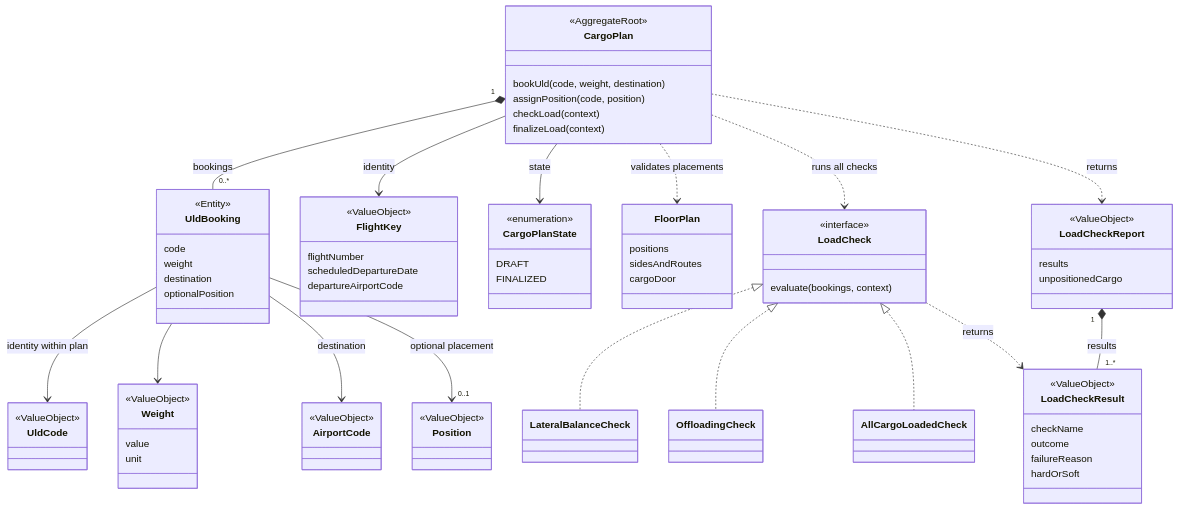
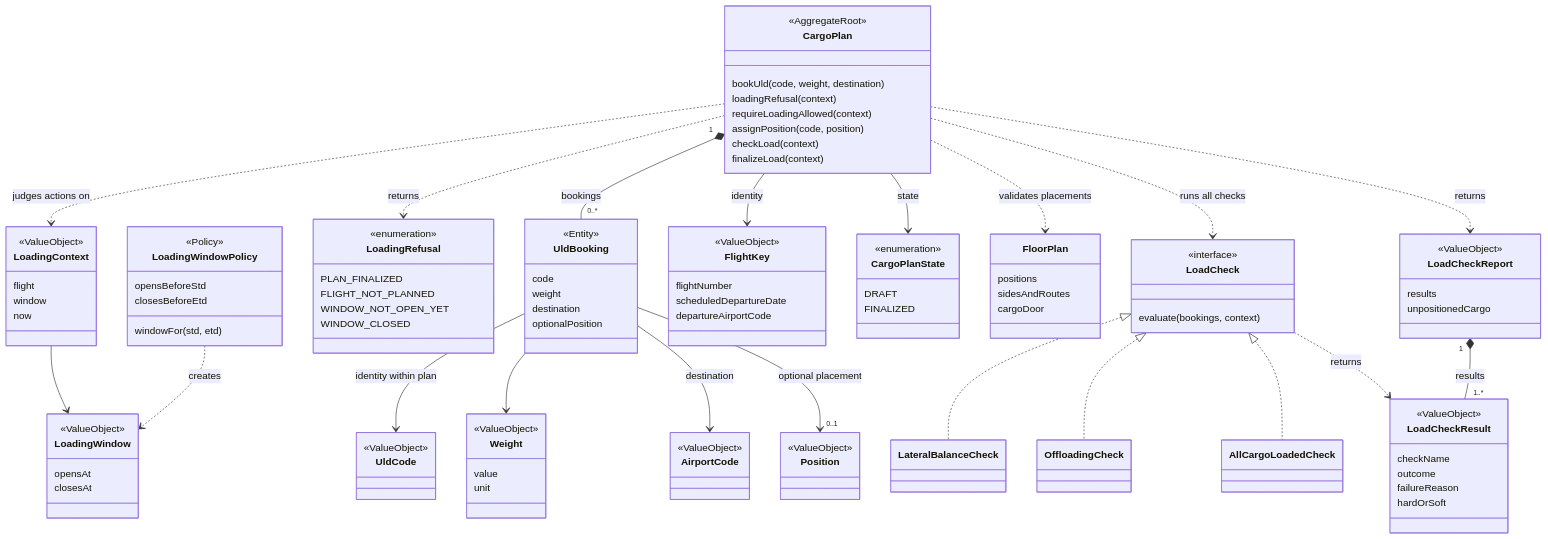
One commit to ebhd/air-freight-operations changed the fourth of 9 diagrams in architecture/analyse.md. Above: the diagram before and after it, drawn with Mermaid. The commit also changed other lines of this file, not shown here.

Commit message:
Document the loading window in the Cargo design (#19)
analyse.md: the loading window in the ubiquitous language; LoadingWindow
and LoadingContext as value objects and LoadingWindowPolicy as a policy;
loadingRefusal and requireLoadingAllowed on CargoPlan; invariant 2 names
the guard; the window is half open, never stored and recomputed per
action; a delay never reopens a finalized plan; the 409 answer.

```diff
--- a/architecture/analyse.md
+++ b/architecture/analyse.md
@@ -145,9 +146,35 @@
     class CargoPlan {
         <<AggregateRoot>>
         bookUld(code, weight, destination)
+        loadingRefusal(context)
+        requireLoadingAllowed(context)
         assignPosition(code, position)
         checkLoad(context)
         finalizeLoad(context)
+    }
+    class LoadingContext {
+        <<ValueObject>>
+        flight
+        window
+        now
+    }
+    class LoadingWindow {
+        <<ValueObject>>
+        opensAt
+        closesAt
+    }
+    class LoadingWindowPolicy {
+        <<Policy>>
+        opensBeforeStd
+        closesBeforeEtd
+        windowFor(std, etd)
+    }
+    class LoadingRefusal {
+        <<enumeration>>
+        PLAN_FINALIZED
+        FLIGHT_NOT_PLANNED
+        WINDOW_NOT_OPEN_YET
+        WINDOW_CLOSED
     }
     class UldBooking {
         <<Entity>>
@@ -207,6 +234,10 @@
     }
     CargoPlan --> FlightKey : identity
     CargoPlan --> CargoPlanState : state
+    CargoPlan ..> LoadingContext : judges actions on
+    CargoPlan ..> LoadingRefusal : returns
+    LoadingContext --> LoadingWindow
+    LoadingWindowPolicy ..> LoadingWindow : creates
     CargoPlan "1" *-- "0..*" UldBooking : bookings
     UldBooking --> UldCode : identity within plan
     UldBooking --> Weight
```
